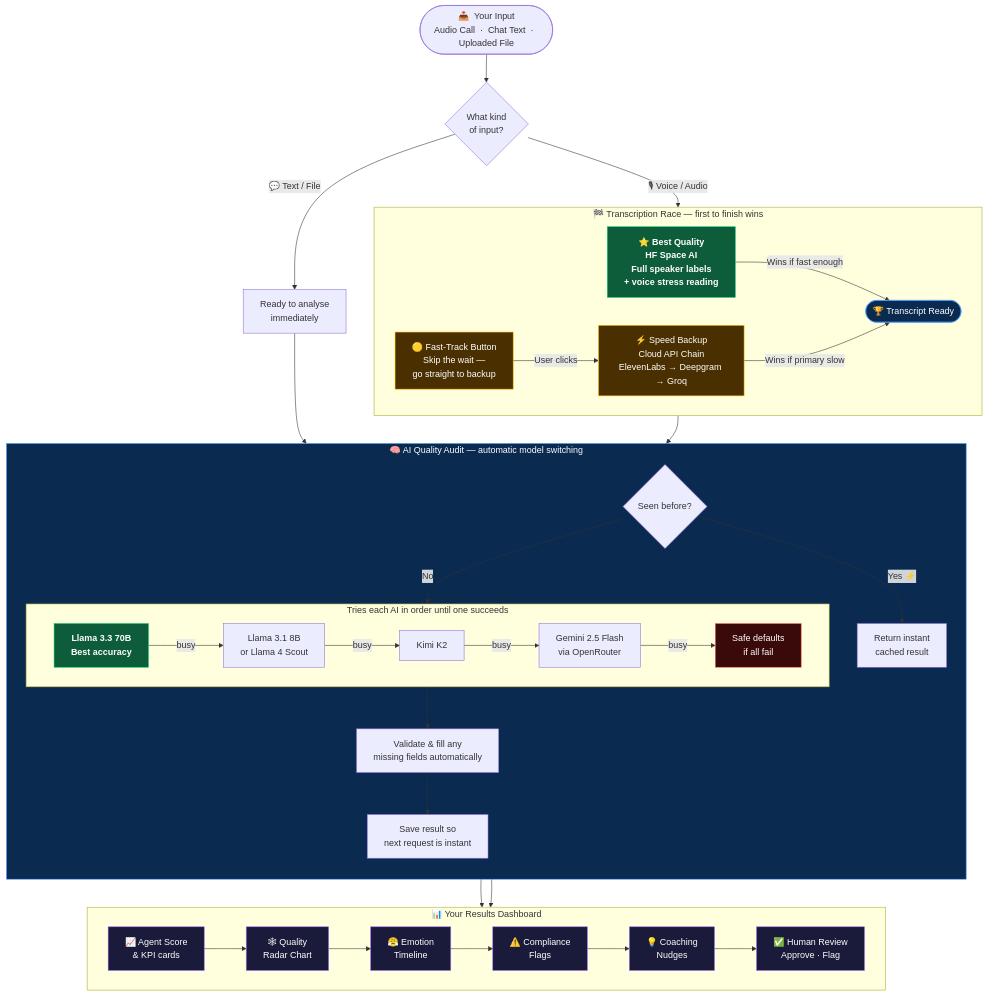
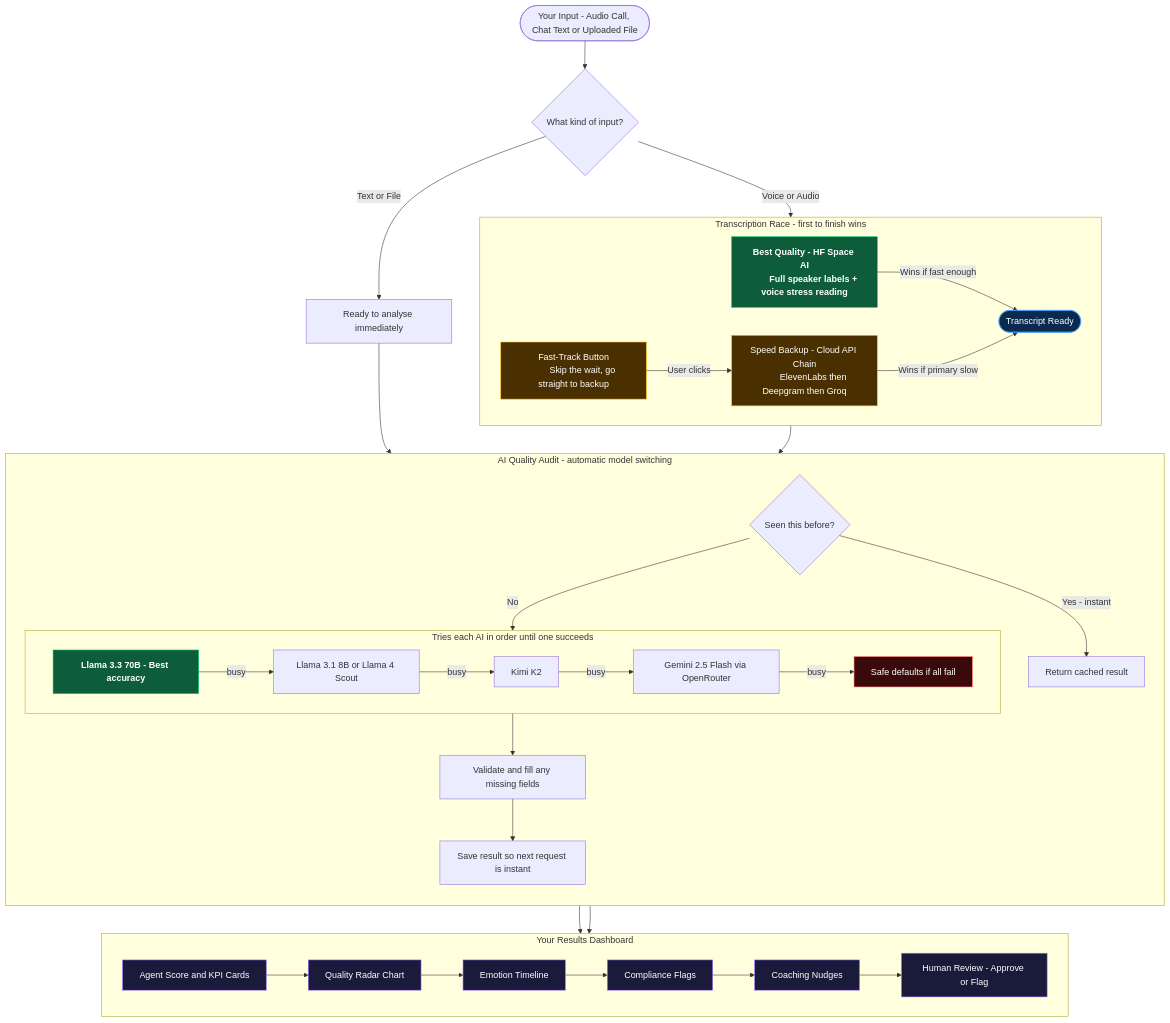
One commit to prathamamritkar/genAI-qualityBot changed the diagram in README.md. Above: the diagram before and after it, drawn with Mermaid. The commit also changed other lines of this file, not shown here.

````diff
--- a/README.md
+++ b/README.md
@@ -74,73 +74,72 @@
 ```mermaid
 graph TD
-    Input(["📥  Your Input\nAudio Call  ·  Chat Text  ·  Uploaded File"])
-    Input --> Kind{What kind\nof input?}
+    Input(["Your Input - Audio Call, Chat Text or Uploaded File"])
+    Input --> Kind{What kind of input?}
 
-    %% ── TEXT FAST PATH ───────────────────────────────────────────
-    Kind -- "💬 Text / File" --> TextReady["Ready to analyse\nimmediately"]
+    Kind -- "Text or File" --> TextReady["Ready to analyse immediately"]
     TextReady --> Analyse
 
-    %% ── VOICE RACE ───────────────────────────────────────────────
-    Kind -- "🎙 Voice / Audio" --> Race
+    Kind -- "Voice or Audio" --> Race
 
-    subgraph Race ["🏁  Transcription Race  —  first to finish wins"]
+    subgraph Race [Transcription Race - first to finish wins]
         direction LR
-        Best["⭐ Best Quality\nHF Space AI\nFull speaker labels\n+ voice stress reading"]
-        Fast["⚡ Speed Backup\nCloud API Chain\nElevenLabs → Deepgram → Groq"]
-        FTBtn["🟡 Fast-Track Button\nSkip the wait —\ngo straight to backup"]
+        Best["Best Quality - HF Space AI
+        Full speaker labels + voice stress reading"]
+        Fast["Speed Backup - Cloud API Chain
+        ElevenLabs then Deepgram then Groq"]
+        FTBtn["Fast-Track Button
+        Skip the wait, go straight to backup"]
 
-        Best -- "Wins if fast enough" --> Winner(["🏆 Transcript Ready"])
+        Best -- "Wins if fast enough" --> Winner(["Transcript Ready"])
         Fast -- "Wins if primary slow" --> Winner
         FTBtn -- "User clicks" --> Fast
     end
 
     Race --> Analyse
 
-    %% ── AI AUDIT ─────────────────────────────────────────────────
-    subgraph Analyse ["🧠  AI Quality Audit  —  automatic model switching"]
+    subgraph Analyse [AI Quality Audit - automatic model switching]
         direction TB
-        Cached{"Seen before?"}
-        Cached -- "Yes ⚡" --> Skip["Return instant\ncached result"]
+        Cached{"Seen this before?"}
+        Cached -- "Yes - instant" --> Skip["Return cached result"]
         Cached -- "No" --> AI
 
-        subgraph AI ["Tries each AI in order until one succeeds"]
+        subgraph AI [Tries each AI in order until one succeeds]
             direction LR
-            M1["Llama 3.3 70B\nBest accuracy"]
-            M2["Llama 3.1 8B\nor Llama 4 Scout"]
+            M1["Llama 3.3 70B - Best accuracy"]
+            M2["Llama 3.1 8B or Llama 4 Scout"]
             M3["Kimi K2"]
-            M4["Gemini 2.5 Flash\nvia OpenRouter"]
-            MF["Safe defaults\nif all fail"]
+            M4["Gemini 2.5 Flash via OpenRouter"]
+            MF["Safe defaults if all fail"]
             M1 -- busy --> M2 -- busy --> M3 -- busy --> M4 -- busy --> MF
         end
 
-        AI --> Fix["Validate & fill any\nmissing fields automatically"]
-        Fix --> Save["Save result so\nnext request is instant"]
+        AI --> Fix["Validate and fill any missing fields"]
+        Fix --> Save["Save result so next request is instant"]
     end
 
     Skip --> Report
     Save --> Report
 
-    %% ── DASHBOARD ─────────────────────────────────────────────────
-    subgraph Report ["📊  Your Results Dashboard"]
+    subgraph Report [Your Results Dashboard]
         direction LR
-        R1["📈 Agent Score\n& KPI cards"]
-        R2["🕸 Quality\nRadar Chart"]
-        R3["😤 Emotion\nTimeline"]
-        R4["⚠️ Compliance\nFlags"]
-        R5["💡 Coaching\nNudges"]
-        R6["✅ Human Review\nApprove · Flag"]
+        R1["Agent Score and KPI Cards"]
+        R2["Quality Radar Chart"]
+        R3["Emotion Timeline"]
+        R4["Compliance Flags"]
+        R5["Coaching Nudges"]
+        R6["Human Review - Approve or Flag"]
         R1 --> R2 --> R3 --> R4 --> R5 --> R6
     end
 
     classDef green  fill:#0d5c3a,stroke:#00c875,color:#fff,font-weight:bold
     classDef amber  fill:#4a3000,stroke:#ffc107,color:#fff
     classDef blue   fill:#0a2a50,stroke:#4a9eff,color:#fff
     classDef safe   fill:#3a0a0a,stroke:#ff6666,color:#fff
     classDef dash   fill:#1a1a3a,stroke:#9c6fff,color:#fff
 
     class Best,M1 green
     class FTBtn,Fast amber
-    class Analyse,Winner blue
+    class Winner blue
     class MF safe
     class R1,R2,R3,R4,R5,R6 dash
 ```
````
